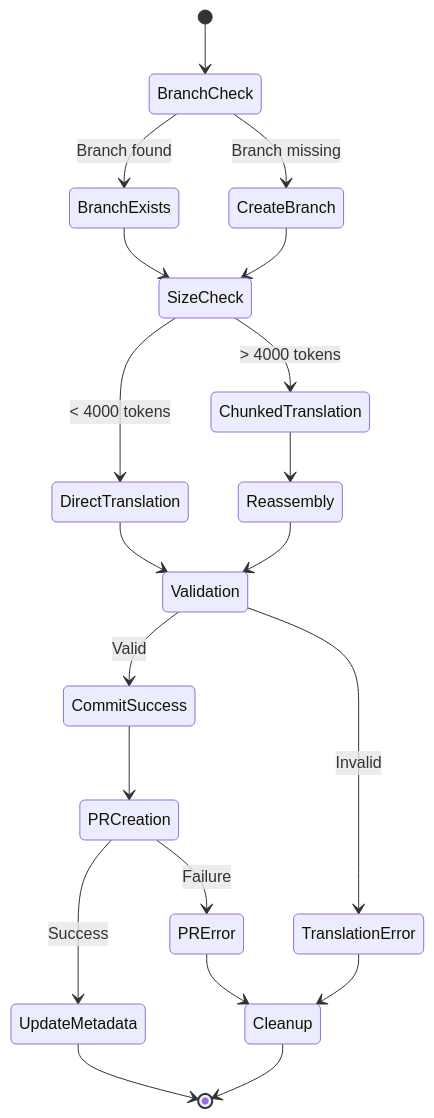
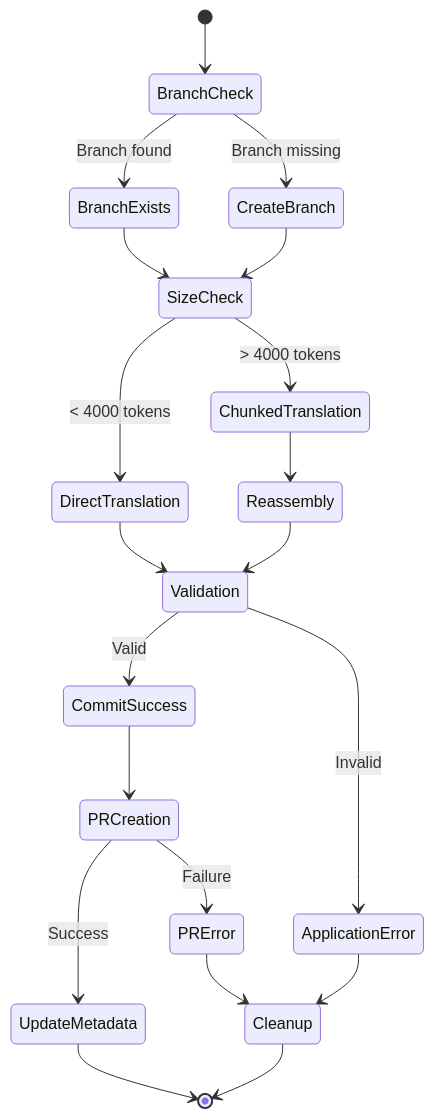
The tenth of 12 diagrams in docs/WORKFLOW.md (NivaldoFarias/translate-react), drawn with Mermaid before and after one commit. The commit also changed other lines of this file and 16 other files, not shown here.

````diff
--- a/docs/WORKFLOW.md
+++ b/docs/WORKFLOW.md
@@ -467,31 +464,31 @@
 ```mermaid
 stateDiagram-v2
     [*] --> BranchCheck
 
     BranchCheck --> BranchExists : Branch found
     BranchCheck --> CreateBranch : Branch missing
 
     BranchExists --> SizeCheck
     CreateBranch --> SizeCheck
 
     SizeCheck --> DirectTranslation : < 4000 tokens
     SizeCheck --> ChunkedTranslation : > 4000 tokens
 
     DirectTranslation --> Validation
     ChunkedTranslation --> Reassembly
     Reassembly --> Validation
 
     Validation --> CommitSuccess : Valid
-    Validation --> TranslationError : Invalid
+    Validation --> ApplicationError : Invalid
 
     CommitSuccess --> PRCreation
 
     PRCreation --> UpdateMetadata : Success
     PRCreation --> PRError : Failure
 
     UpdateMetadata --> [*]
 
-    TranslationError --> Cleanup
+    ApplicationError --> Cleanup
     PRError --> Cleanup
     Cleanup --> [*]
 ```
````
